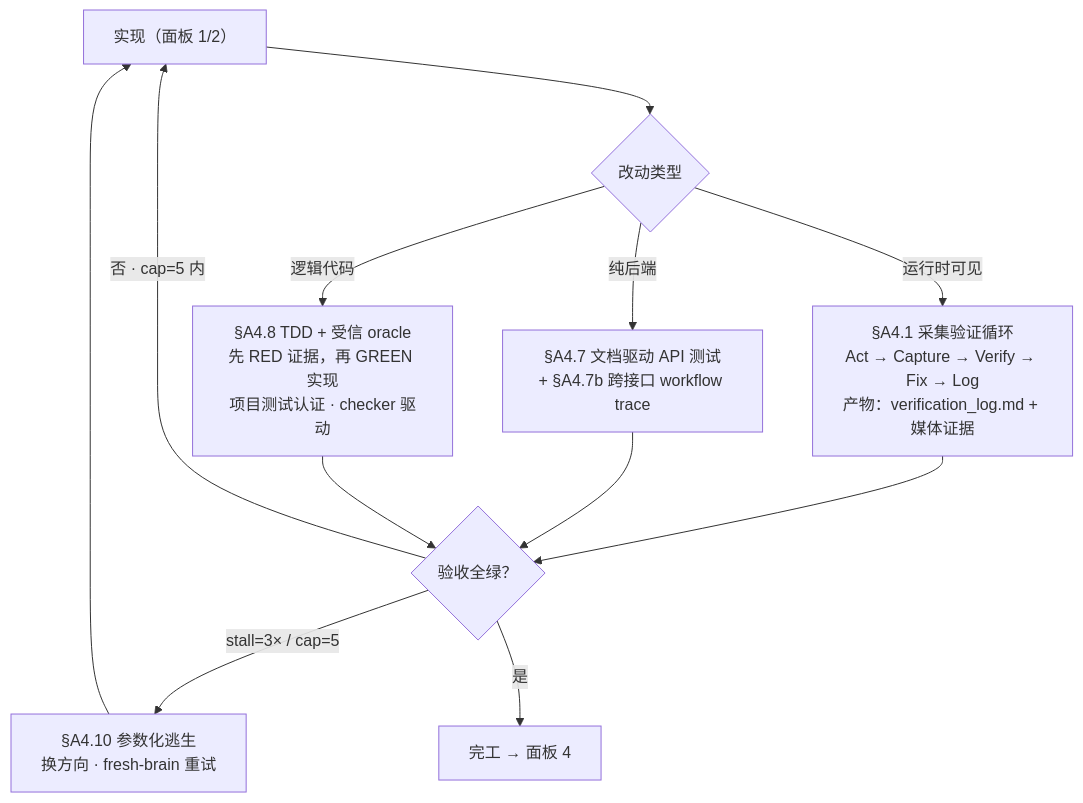
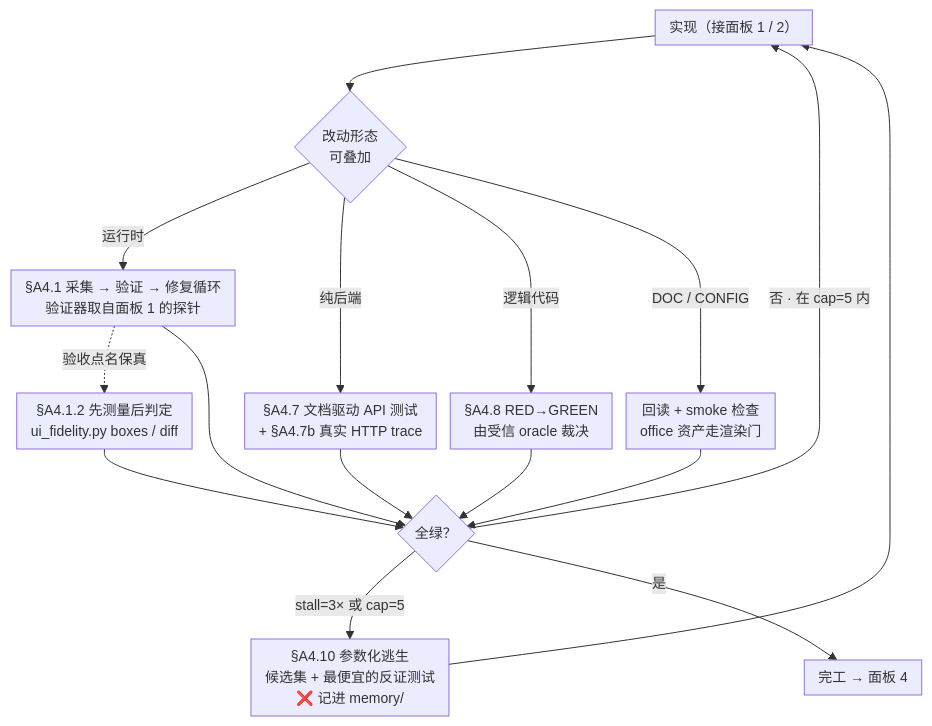
One commit to logandoo/vibeweaver changed the diagram in docs/assets/workflow-3-zh.mmd. Above: the diagram before and after it, drawn with Mermaid. The commit also changed 17 other files, not shown here.

First line of the commit message:
docs(readme): align workflow graphs with the payload, plain out the prose

```diff
--- a/docs/assets/workflow-3-zh.mmd
+++ b/docs/assets/workflow-3-zh.mmd
@@ -1,12 +1,17 @@
+%%{init: {"flowchart": {"nodeSpacing": 14, "rankSpacing": 46, "padding": 7}, "themeVariables": {"fontSize": "14px"}}}%%
 flowchart TD
-    E["实现（面板 1/2）"] --> F{"改动类型"}
-    F -->|"运行时可见"| G1["§A4.1 采集验证循环<br/>Act → Capture → Verify → Fix → Log<br/>产物：verification_log.md + 媒体证据"]
-    F -->|"纯后端"| G2["§A4.7 文档驱动 API 测试<br/>+ §A4.7b 跨接口 workflow trace"]
-    F -->|"逻辑代码"| G3["§A4.8 TDD + 受信 oracle<br/>先 RED 证据，再 GREEN 实现<br/>项目测试认证 · checker 驱动"]
-    G1 --> H{"验收全绿？"}
+    E["实现（接面板 1 / 2）"] --> F{"改动形态<br/>可叠加"}
+    F -->|"运行时"| G1["§A4.1 采集 → 验证 → 修复循环<br/>验证器取自面板 1 的探针"]
+    F -->|"纯后端"| G2["§A4.7 文档驱动 API 测试<br/>+ §A4.7b 真实 HTTP trace"]
+    F -->|"逻辑代码"| G3["§A4.8 RED→GREEN<br/>由受信 oracle 裁决"]
+    F -->|"DOC / CONFIG"| G5["回读 + smoke 检查<br/>office 资产走渲染门"]
+    G1 -.->|"验收点名保真"| G4["§A4.1.2 先测量后判定<br/>ui_fidelity.py boxes / diff"]
+    G1 --> H{"全绿？"}
     G2 --> H
     G3 --> H
-    H -->|"否 · cap=5 内"| E
-    H -->|"stall=3× / cap=5"| I["§A4.10 参数化逃生<br/>换方向 · fresh-brain 重试"]
+    G4 --> H
+    G5 --> H
+    H -->|"否 · 在 cap=5 内"| E
+    H -->|"stall=3× 或 cap=5"| I["§A4.10 参数化逃生<br/>候选集 + 最便宜的反证测试<br/>❌ 记进 memory/"]
     I --> E
     H -->|"是"| J["完工 → 面板 4"]
```
